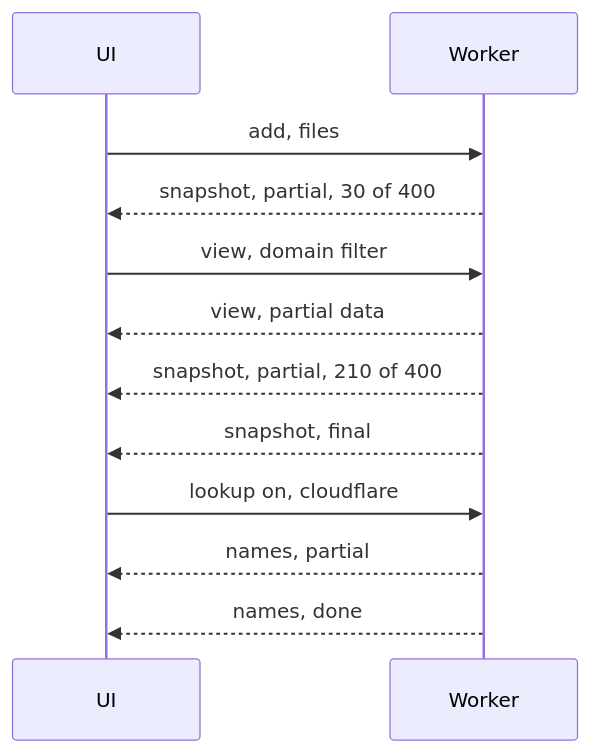
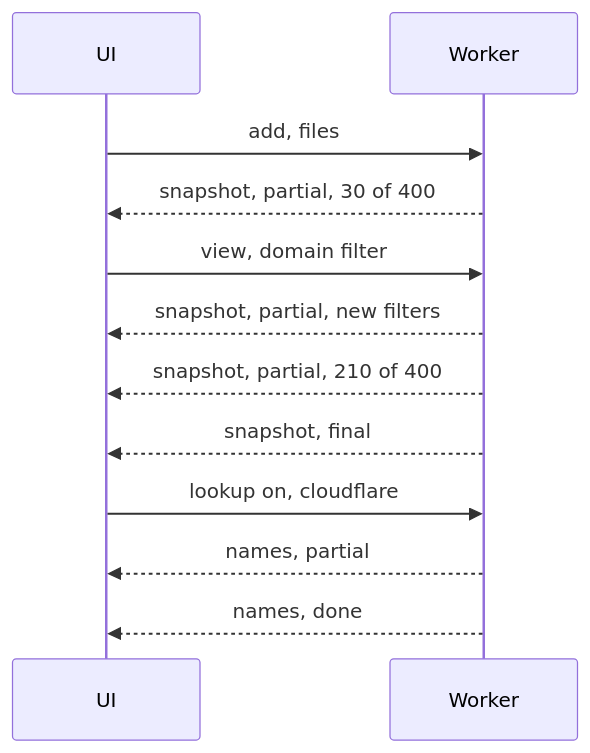
One commit to photom/benchside changed the third of 4 diagrams in docs/explanation/dmarc-aggregate-architecture.md. Above: the diagram before and after it, drawn with Mermaid. The commit also changed other lines of this file and 9 other files, not shown here.

````diff
--- a/docs/explanation/dmarc-aggregate-architecture.md
+++ b/docs/explanation/dmarc-aggregate-architecture.md
@@ -99,14 +100,14 @@
 ```mermaid
 sequenceDiagram
   participant UI
   participant W as Worker
   UI->>W: add, files
   W-->>UI: snapshot, partial, 30 of 400
   UI->>W: view, domain filter
-  W-->>UI: view, partial data
+  W-->>UI: snapshot, partial, new filters
   W-->>UI: snapshot, partial, 210 of 400
   W-->>UI: snapshot, final
   UI->>W: lookup on, cloudflare
   W-->>UI: names, partial
   W-->>UI: names, done
 ```
````
